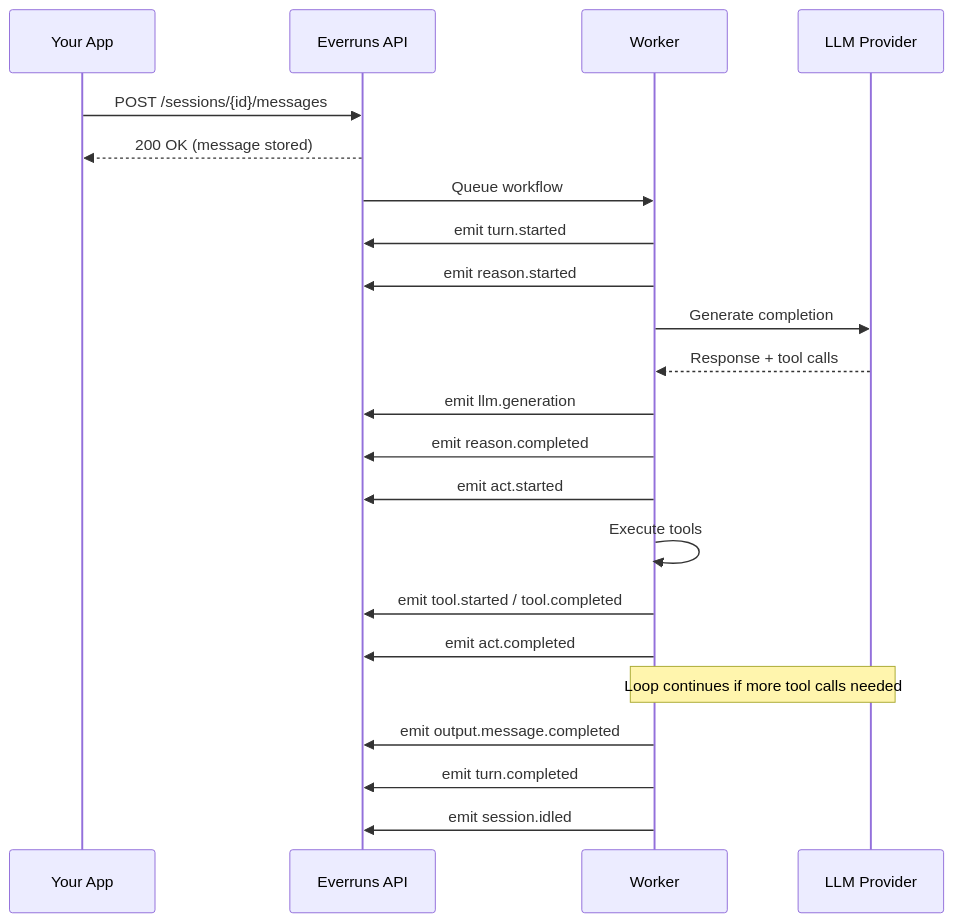
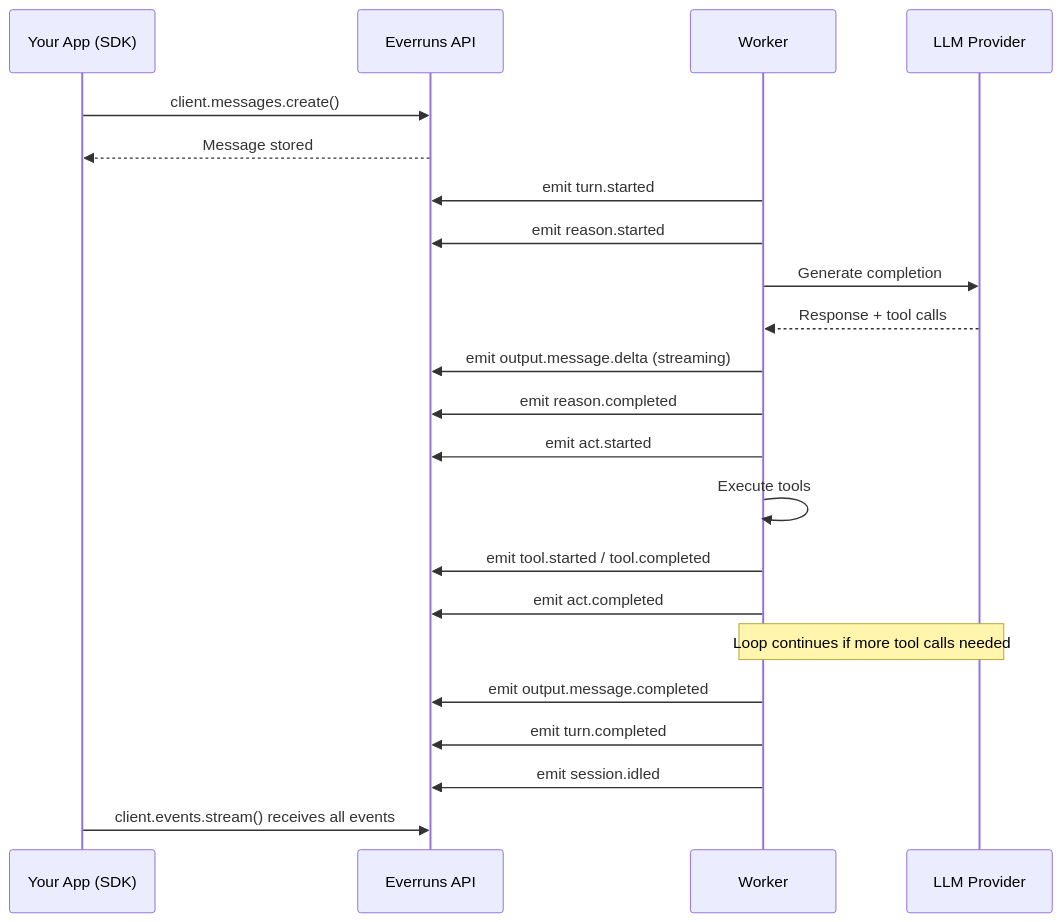
One commit to everruns/everruns changed the third of 5 diagrams in docs/tutorials/building-agents-using-sdk/index.md. Above: the diagram before and after it, drawn with Mermaid. The commit also changed other lines of this file, not shown here.

First line of the commit message:
docs: rewrite SDK tutorial to use everruns-sdk Python package

````diff
--- a/docs/tutorials/building-agents-using-sdk/index.md
+++ b/docs/tutorials/building-agents-using-sdk/index.md
@@ -238,29 +273,30 @@
 ```mermaid
 sequenceDiagram
-    participant App as Your App
+    participant App as Your App (SDK)
     participant API as Everruns API
     participant Worker as Worker
     participant LLM as LLM Provider
 
-    App->>API: POST /sessions/{id}/messages
-    API-->>App: 200 OK (message stored)
-    API->>Worker: Queue workflow
+    App->>API: client.messages.create()
+    API-->>App: Message stored
 
     Worker->>API: emit turn.started
     Worker->>API: emit reason.started
     Worker->>LLM: Generate completion
     LLM-->>Worker: Response + tool calls
-    Worker->>API: emit llm.generation
+    Worker->>API: emit output.message.delta (streaming)
     Worker->>API: emit reason.completed
 
     Worker->>API: emit act.started
     Worker->>Worker: Execute tools
     Worker->>API: emit tool.started / tool.completed
     Worker->>API: emit act.completed
 
     Note over Worker,LLM: Loop continues if more tool calls needed
 
     Worker->>API: emit output.message.completed
     Worker->>API: emit turn.completed
     Worker->>API: emit session.idled
+
+    App->>API: client.events.stream() receives all events
 ```
````
